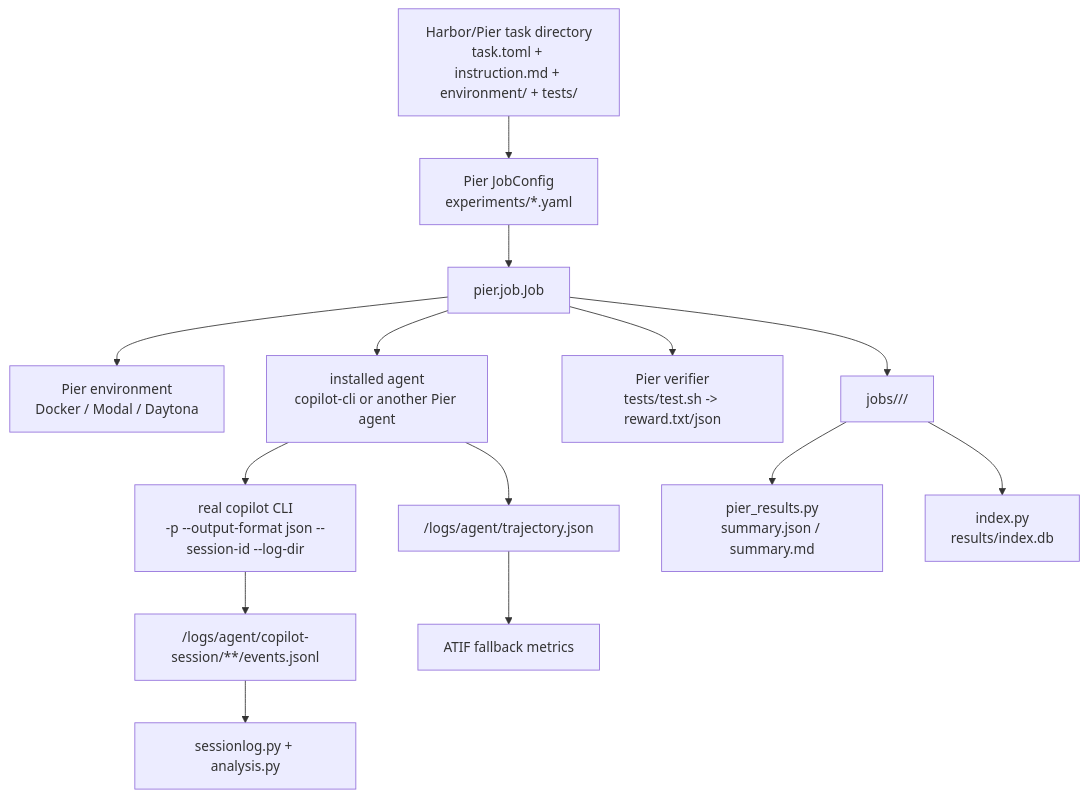
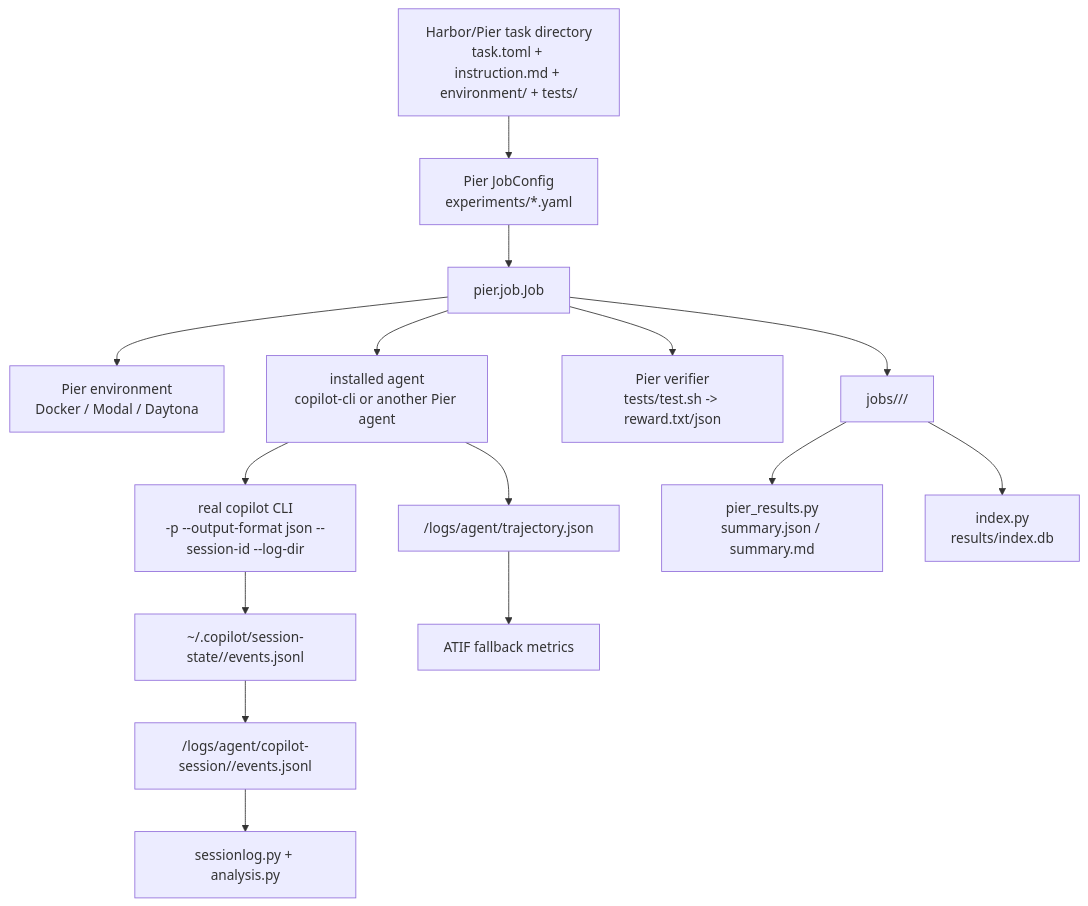
Before and after one commit to dbroeglin/github-copilot-lab: the diagram in docs/architecture.md, drawn with Mermaid. The commit also changed other lines of this file and 42 other files, not shown here.

````diff
--- a/docs/architecture.md
+++ b/docs/architecture.md
@@ -9,16 +9,17 @@
 ```mermaid
 flowchart TD
     TASK["Harbor/Pier task directory\ntask.toml + instruction.md + environment/ + tests/"] --> CFG["Pier JobConfig\nexperiments/*.yaml"]
     CFG --> JOB["pier.job.Job"]
     JOB --> ENV["Pier environment\nDocker / Modal / Daytona"]
     JOB --> AGENT["installed agent\ncopilot-cli or another Pier agent"]
     AGENT --> CLI["real copilot CLI\n-p --output-format json --session-id --log-dir"]
-    CLI --> EVENTS["/logs/agent/copilot-session/**/events.jsonl"]
+    CLI --> STATE["~/.copilot/session-state/<id>/events.jsonl"]
+    STATE --> EVENTS["/logs/agent/copilot-session/<id>/events.jsonl"]
     AGENT --> ATIF["/logs/agent/trajectory.json"]
     JOB --> VERIFY["Pier verifier\ntests/test.sh -> reward.txt/json"]
     JOB --> OUT["jobs/<job>/<trial>/"]
     EVENTS --> ANALYSIS["sessionlog.py + analysis.py"]
     ATIF --> FALLBACK["ATIF fallback metrics"]
     OUT --> SUMMARY["pier_results.py\nsummary.json / summary.md"]
     OUT --> INDEX["index.py\nresults/index.db"]
 ```
````
